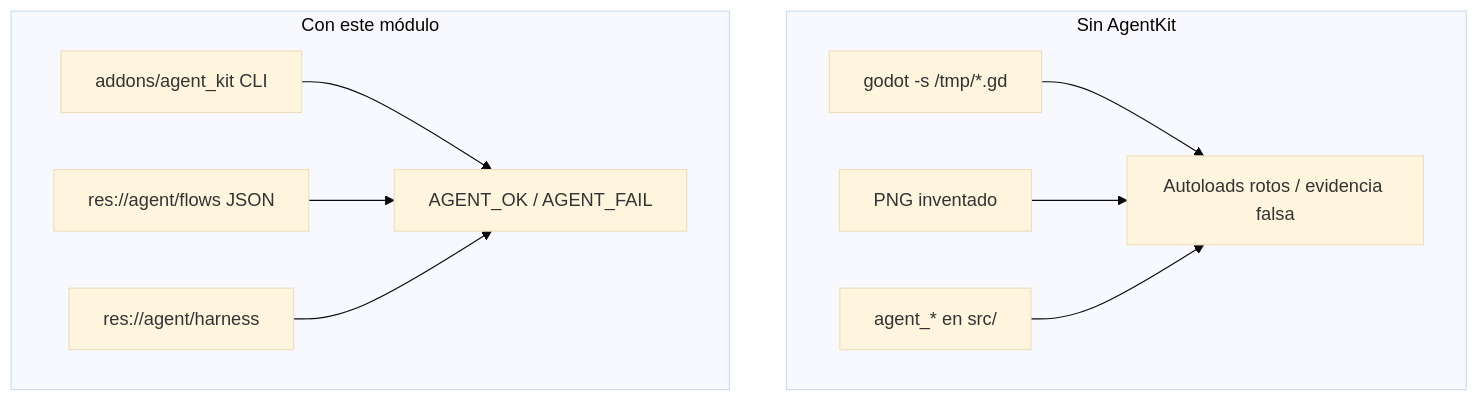
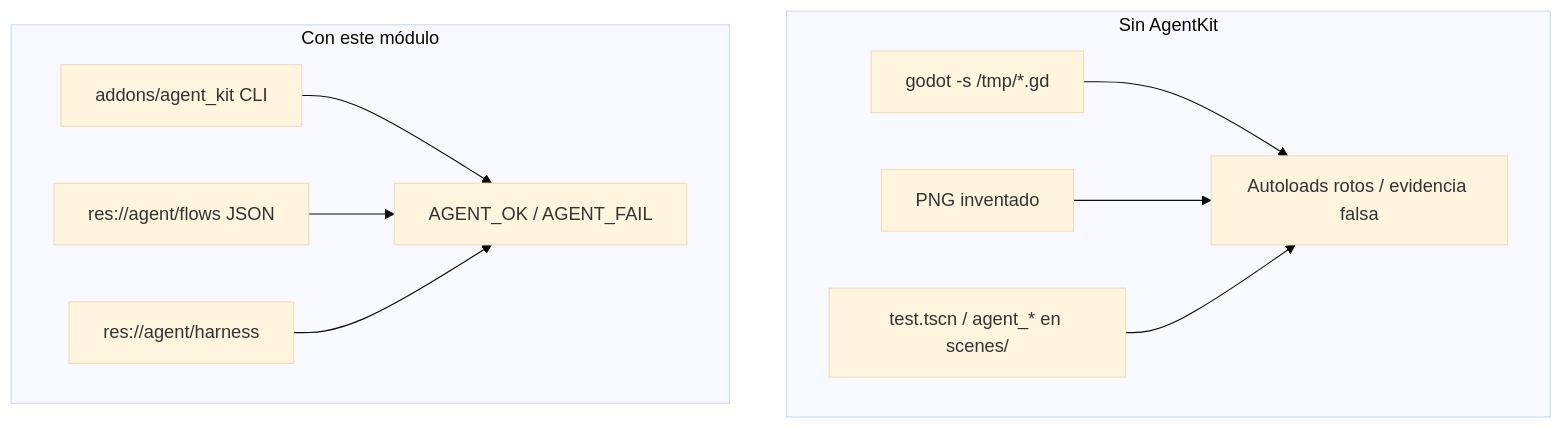
The first of 2 diagrams in README.md (Joelnicolass/godot-studio-playtest), drawn with Mermaid (base theme) before and after one commit. The commit also changed other lines of this file and 20 other files, not shown here.

````diff
--- a/README.md
+++ b/README.md
@@ -25,20 +25,20 @@
 ```mermaid
 flowchart TB
   subgraph before [Sin AgentKit]
     a1["godot -s /tmp/*.gd"]
     a2[PNG inventado]
-    a3["agent_* en src/"]
+    a3["test.tscn / agent_* en scenes/"]
     a1 --> fail[Autoloads rotos / evidencia falsa]
     a2 --> fail
     a3 --> fail
   end
 
   subgraph after [Con este módulo]
     b1[addons/agent_kit CLI]
     b2["res://agent/flows JSON"]
     b3["res://agent/harness"]
     b1 --> ok["AGENT_OK / AGENT_FAIL"]
     b2 --> ok
     b3 --> ok
   end
 ```
````
